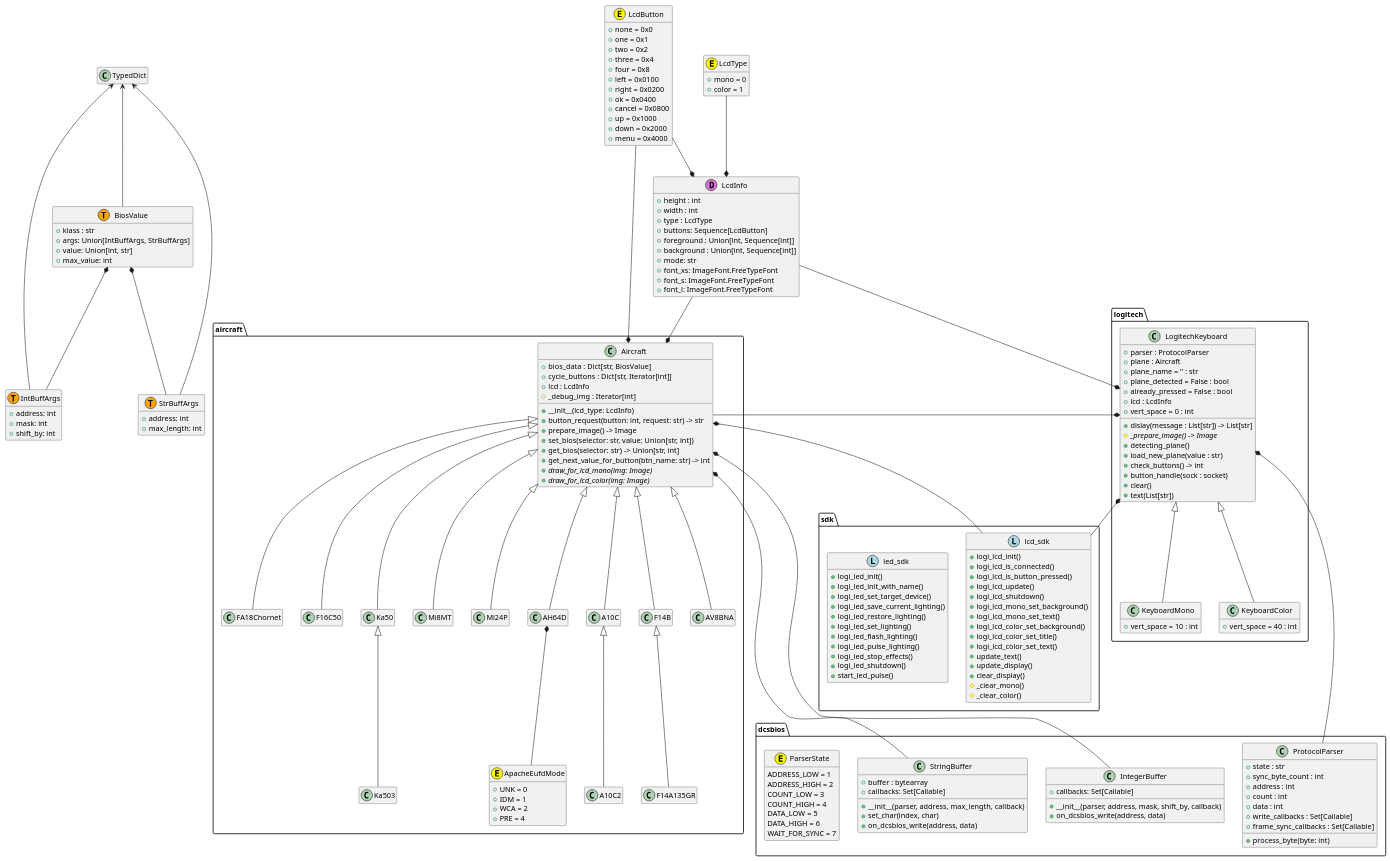
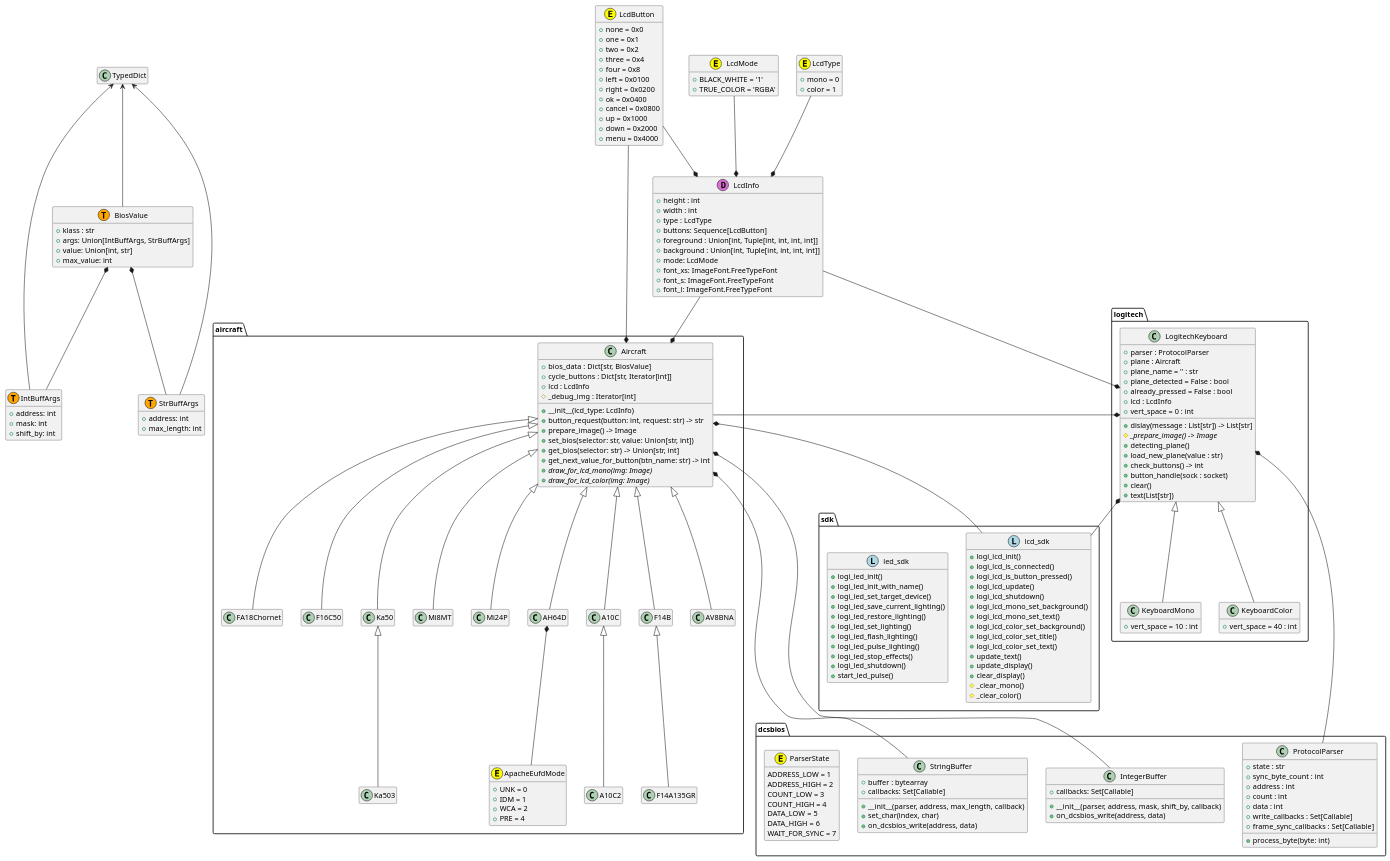
Before and after one commit to emcek/pyi: the diagram in uml/classes.puml, drawn with PlantUML. The commit also changed 40 other files, not shown here.

```diff
--- a/uml/classes.puml
+++ b/uml/classes.puml
@@ -110,12 +110,17 @@
     + width : int
     + type : LcdType
     + buttons: Sequence[LcdButton]
-    + foreground : Union[int, Sequence[int]]
-    + background : Union[int, Sequence[int]]
-    + mode: str
+    + foreground : Union[int, Tuple[int, int, int, int]]
+    + background : Union[int, Tuple[int, int, int, int]]
+    + mode: LcdMode
     + font_xs: ImageFont.FreeTypeFont
     + font_s: ImageFont.FreeTypeFont
     + font_l: ImageFont.FreeTypeFont
+}
+
+class LcdMode <<(E,yellow)>> {
+    + BLACK_WHITE = '1'
+    + TRUE_COLOR = 'RGBA'
 }
 
 class LcdType <<(E,yellow)>> {
@@ -197,6 +202,7 @@
 BiosValue *-- StrBuffArgs
 
 LcdType --* LcdInfo
+LcdMode --* LcdInfo
 LcdButton --* LcdInfo
 LcdButton -* Aircraft
 
```
